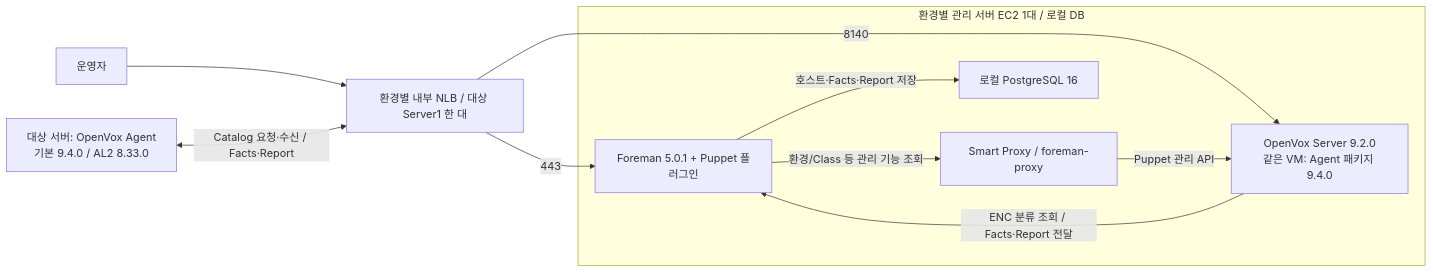
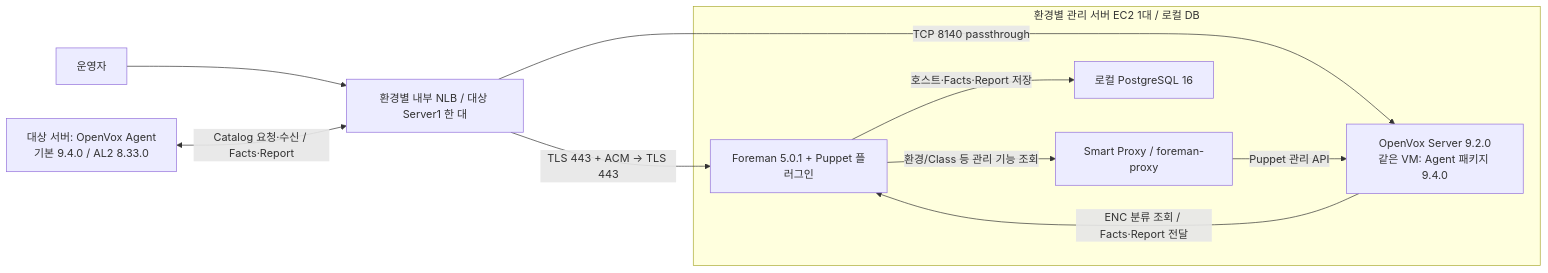
Before and after one commit to heyoon2j/y2-devops-lab: the first of 5 diagrams in foreman-puppet/docs/ARCHITECTURE_GUIDE.md, drawn with Mermaid. The commit also changed other lines of this file and 17 other files, not shown here.

Commit message:
feat(foreman-puppet): use ACM on NLB and separate backend service TLS

````diff
--- a/foreman-puppet/docs/ARCHITECTURE_GUIDE.md
+++ b/foreman-puppet/docs/ARCHITECTURE_GUIDE.md
@@ -29,19 +29,19 @@
 ```mermaid
 flowchart LR
     U["운영자"] --> L["환경별 내부 NLB / 대상 Server1 한 대"]
-    L -->|"443"| F
-    L -->|"8140"| P
+    L -->|"TLS 443 + ACM → TLS 443"| F
+    L -->|"TCP 8140 passthrough"| P
     subgraph M["환경별 관리 서버 EC2 1대 / 로컬 DB"]
         F["Foreman 5.0.1 + Puppet 플러그인"]
         S["Smart Proxy / foreman-proxy"]
         P["OpenVox Server 9.2.0
 같은 VM: Agent 패키지 9.4.0"]
         D["로컬 PostgreSQL 16"]
         F -->|"호스트·Facts·Report 저장"| D
         F -->|"환경/Class 등 관리 기능 조회"| S
         S -->|"Puppet 관리 API"| P
         P -->|"ENC 분류 조회 / Facts·Report 전달"| F
     end
     A["대상 서버: OpenVox Agent
 기본 9.4.0 / AL2 8.33.0"] <-->|"Catalog 요청·수신 / Facts·Report"| L
 ```
````
